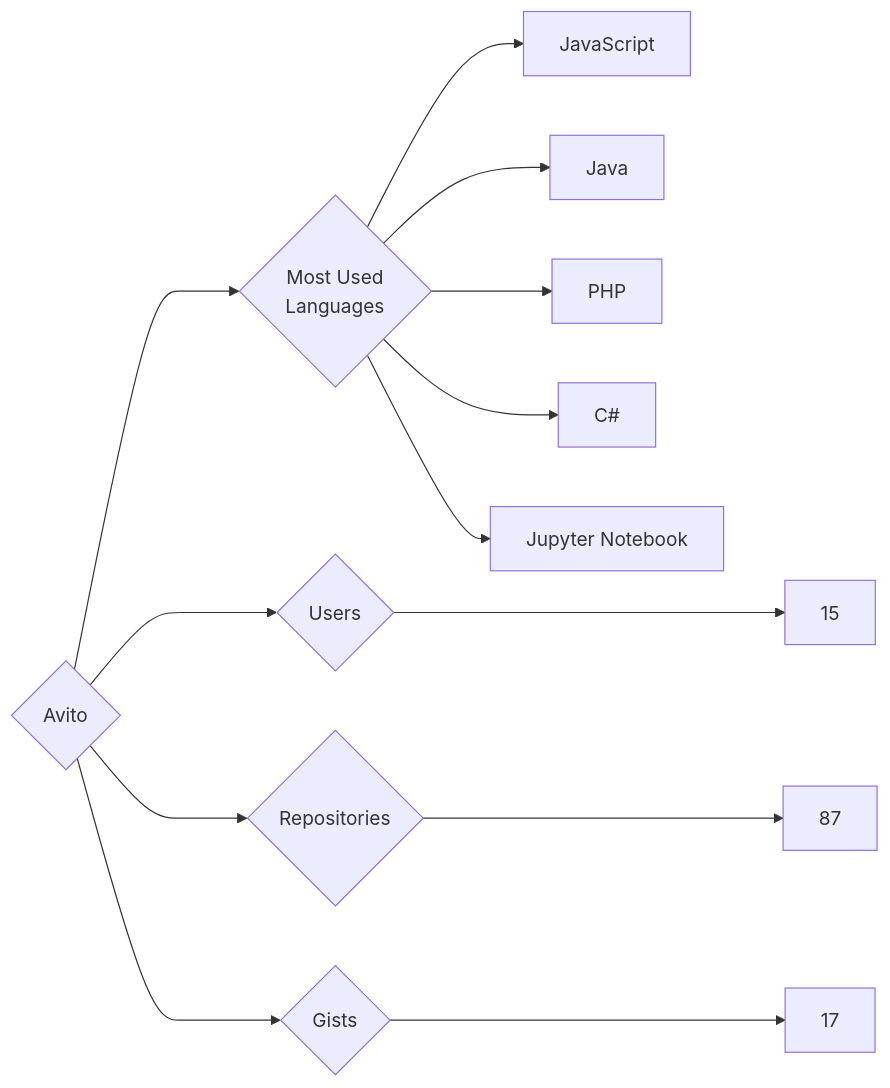
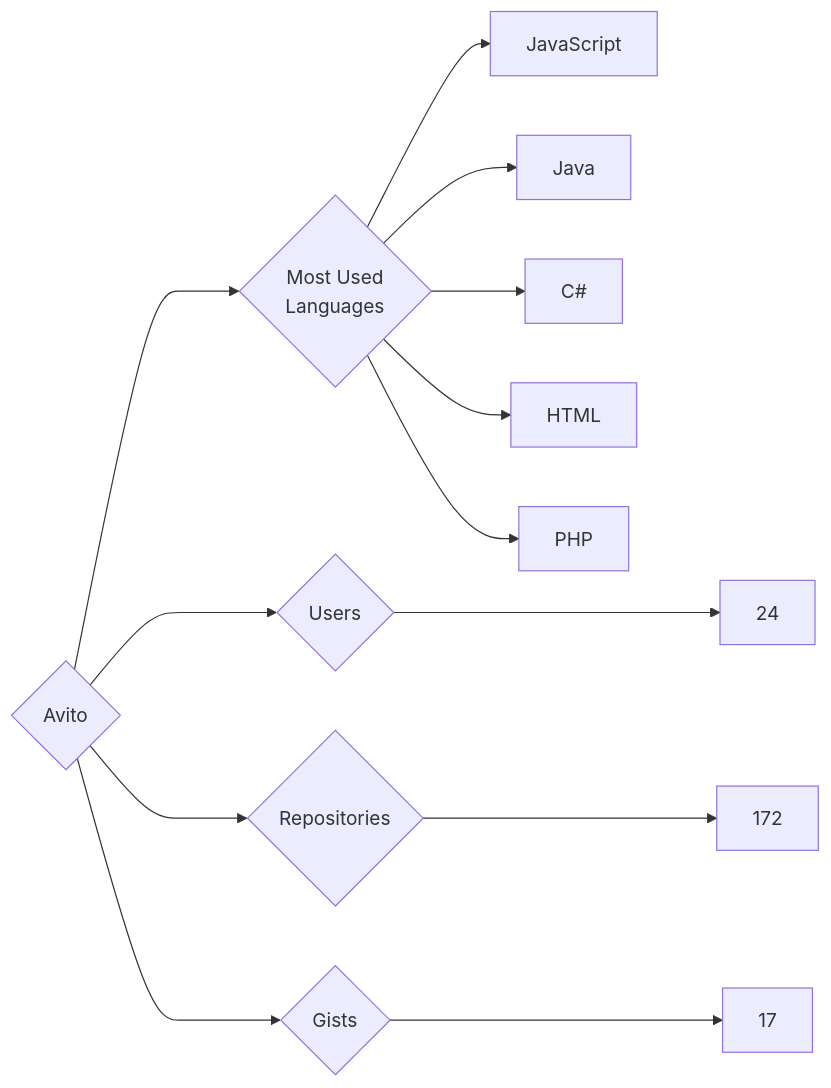
Before and after one commit to trickest/insiders: the diagram in targets/Avito/README.md, drawn with Mermaid. The commit also changed 752 other files, not shown here.

````diff
--- a/targets/Avito/README.md
+++ b/targets/Avito/README.md
@@ -3,13 +3,13 @@
 ```mermaid
 graph LR
 COMPANY_NAME{Avito}
-COMPANY_NAME ---> U{Users} ---> UN[15]
-COMPANY_NAME ---> R{Repositories} ---> RN[87]
+COMPANY_NAME ---> U{Users} ---> UN[24]
+COMPANY_NAME ---> R{Repositories} ---> RN[172]
 COMPANY_NAME ---> G{Gists} ---> GN[17]
 COMPANY_NAME ---> ML{Most Used<br>Languages}
 ML --> JavaScript[JavaScript]
 ML --> Java[Java]
+ML --> C#[C#]
+ML --> HTML[HTML]
 ML --> PHP[PHP]
-ML --> C#[C#]
-ML --> Jupyter_Notebook[Jupyter Notebook]
 ```
````
